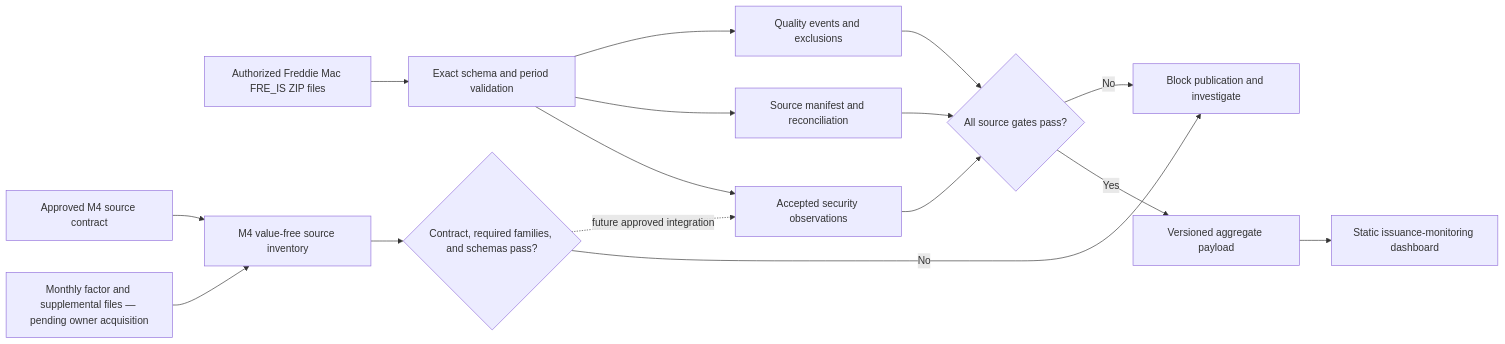
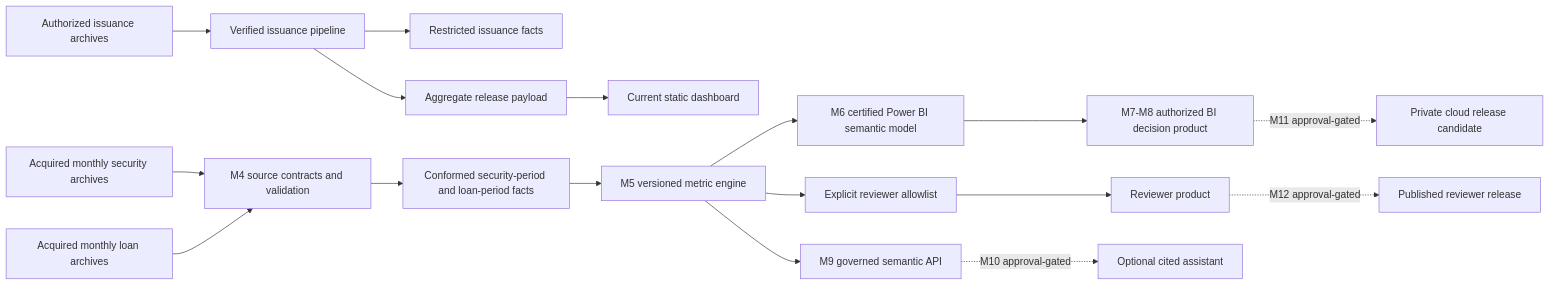
Before and after one commit to vaibhavkhuranaaa/freddie-mac-mbs-disclosure-analytics: the diagram in architecture/system.mmd, drawn with Mermaid. The commit also changed 35 other files, not shown here.

Commit message:
feat: prepare governed MBS BI roadmap

```diff
--- a/architecture/system.mmd
+++ b/architecture/system.mmd
@@ -1,16 +1,17 @@
 flowchart LR
-  A[Authorized Freddie Mac FRE_IS ZIP files] --> B[Exact schema and period validation]
-  B --> C[Accepted security observations]
-  B --> D[Source manifest and reconciliation]
-  B --> Q[Quality events and exclusions]
-  C --> G{All source gates pass?}
-  D --> G
-  Q --> G
-  G -->|Yes| E[Versioned aggregate payload]
-  G -->|No| X[Block publication and investigate]
-  E --> F[Static issuance-monitoring dashboard]
-  H[Monthly factor and supplemental files — pending owner acquisition] --> I[M4 value-free source inventory]
-  J[Approved M4 source contract] --> I
-  I --> K{Contract, required families, and schemas pass?}
-  K -->|No| X
-  K -. future approved integration .-> C
+  A[Authorized issuance archives] --> B[Verified issuance pipeline]
+  B --> C[Restricted issuance facts]
+  B --> D[Aggregate release payload]
+  D --> E[Current static dashboard]
+  F[Acquired monthly security archives] --> G[M4 source contracts and validation]
+  H[Acquired monthly loan archives] --> G
+  G --> I[Conformed security-period and loan-period facts]
+  I --> J[M5 versioned metric engine]
+  J --> K[M6 certified Power BI semantic model]
+  K --> L[M7-M8 authorized BI decision product]
+  J --> M[Explicit reviewer allowlist]
+  M --> N[Reviewer product]
+  J --> O[M9 governed semantic API]
+  O -. M10 approval-gated .-> P[Optional cited assistant]
+  L -. M11 approval-gated .-> Q[Private cloud release candidate]
+  N -. M12 approval-gated .-> R[Published reviewer release]
```
